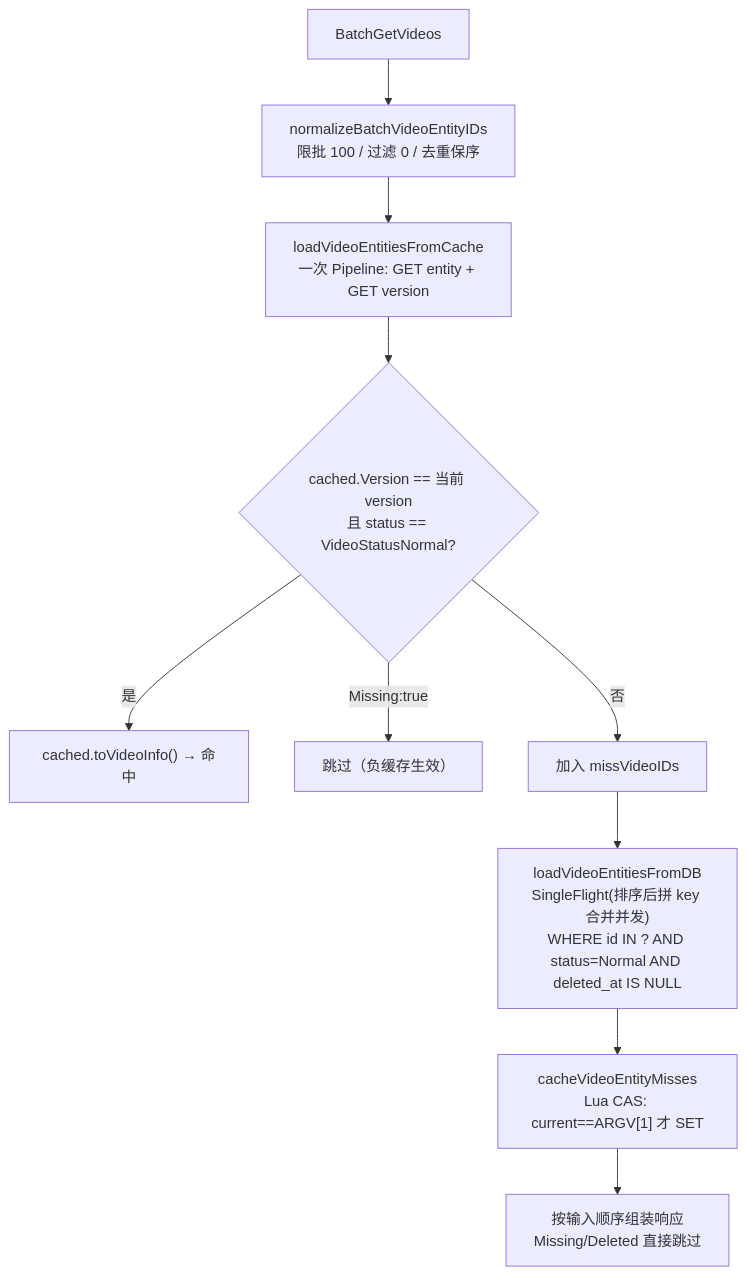
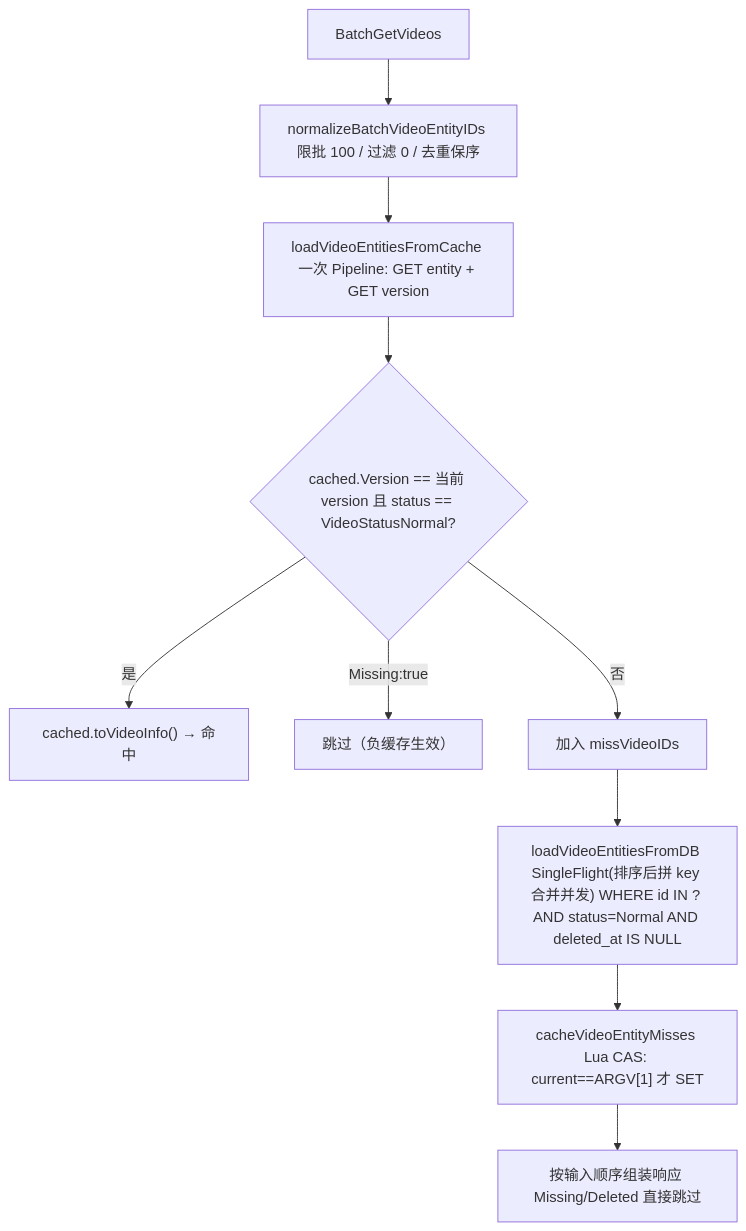
Before and after one commit to Redeemz473/feedsystem-zero: the tenth of 28 diagrams in docs/PROJECT_OVERVIEW.md, drawn with Mermaid. The commit also changed other lines of this file, not shown here.

Commit message:
docs(overview): normalize all 28 mermaid diagrams for github renderer (remove 124 br tags and 3 dashed-with-label edges)

````diff
--- a/docs/PROJECT_OVERVIEW.md
+++ b/docs/PROJECT_OVERVIEW.md
@@ -1645,12 +1645,12 @@
 ```mermaid
 flowchart TD
-    A["BatchGetVideos"] --> B["normalizeBatchVideoEntityIDs<br/>限批 100 / 过滤 0 / 去重保序"]
-    B --> C["loadVideoEntitiesFromCache<br/>一次 Pipeline: GET entity + GET version"]
-    C --> D{"cached.Version == 当前 version<br/>且 status == VideoStatusNormal?"}
+    A["BatchGetVideos"] --> B["normalizeBatchVideoEntityIDs 限批 100 / 过滤 0 / 去重保序"]
+    B --> C["loadVideoEntitiesFromCache 一次 Pipeline: GET entity + GET version"]
+    C --> D{"cached.Version == 当前 version 且 status == VideoStatusNormal?"}
     D -- "是" --> E1["cached.toVideoInfo() → 命中"]
     D -- "Missing:true" --> E2["跳过（负缓存生效）"]
     D -- "否" --> M["加入 missVideoIDs"]
-    M --> F["loadVideoEntitiesFromDB<br/>SingleFlight(排序后拼 key 合并并发)<br/>WHERE id IN ? AND status=Normal AND deleted_at IS NULL"]
-    F --> G["cacheVideoEntityMisses<br/>Lua CAS: current==ARGV[1] 才 SET"]
-    G --> H["按输入顺序组装响应<br/>Missing/Deleted 直接跳过"]
+    M --> F["loadVideoEntitiesFromDB SingleFlight(排序后拼 key 合并并发) WHERE id IN ? AND status=Normal AND deleted_at IS NULL"]
+    F --> G["cacheVideoEntityMisses Lua CAS: current==ARGV[1] 才 SET"]
+    G --> H["按输入顺序组装响应 Missing/Deleted 直接跳过"]
 ```
````
